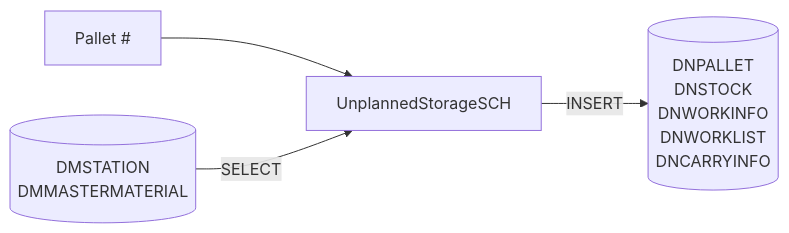
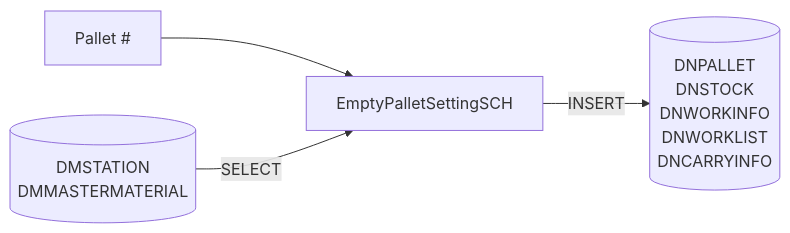
The diagram in Basic-Design/DFD-WMS/Storage/Empty-Pallet-Storage-to-Ambient-Area.md (luthfiadityaa/SimeDarby-Wiki), drawn with Mermaid before and after one commit.

Commit message:
Updated Empty Pallet Storage to Ambient Area

```diff
--- a/Basic-Design/DFD-WMS/Storage/Empty-Pallet-Storage-to-Ambient-Area.md
+++ b/Basic-Design/DFD-WMS/Storage/Empty-Pallet-Storage-to-Ambient-Area.md
@@ -28,28 +28,28 @@
 ::: mermaid
 flowchart LR
     input[
         Pallet #      
     ]
 
     tableList-insert[("
         DNPALLET
         DNSTOCK
         DNWORKINFO
         DNWORKLIST
         DNCARRYINFO
     ")]
 
     tableList-select[("
         DMSTATION
         DMMASTERMATERIAL
     ")]
 
 
-    className[UnplannedStorageSCH]
+    className[EmptyPalletSettingSCH]
 
     input --> className --> |INSERT| tableList-insert
     tableList-select --> |SELECT| className
 
     classDef leftAlign text-align:left;
     class input leftAlign;
 :::
```
